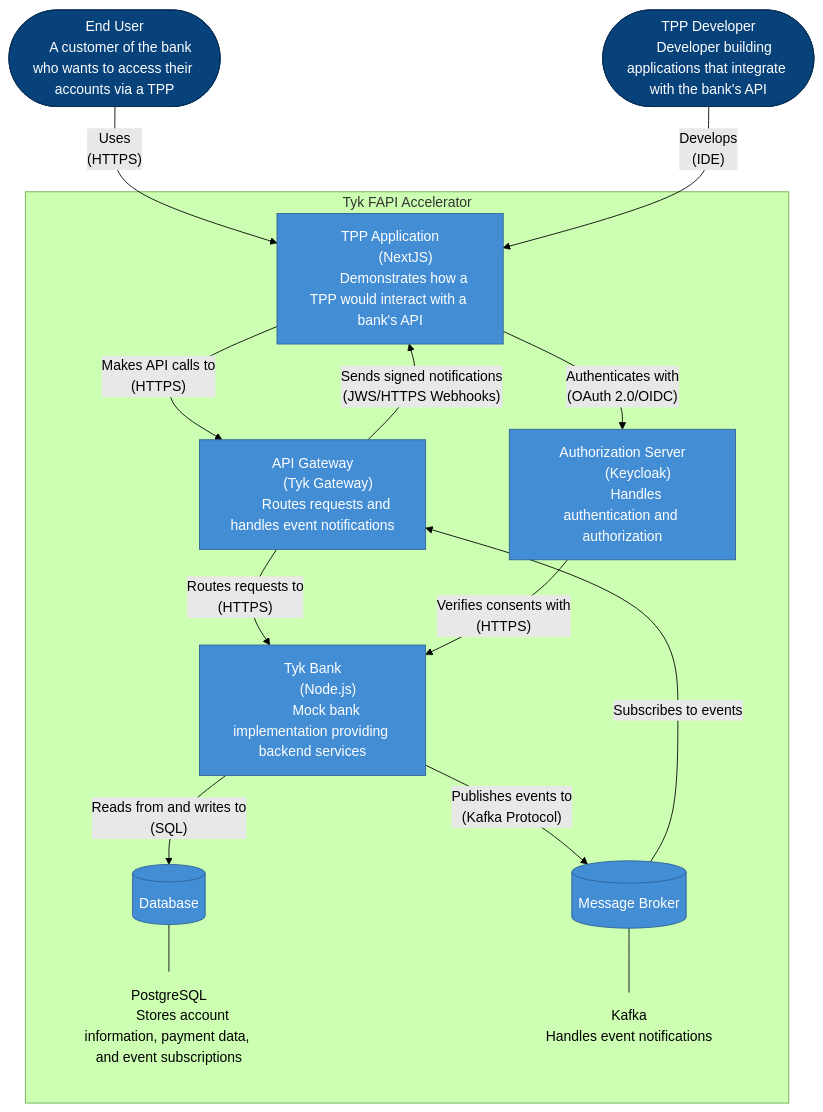
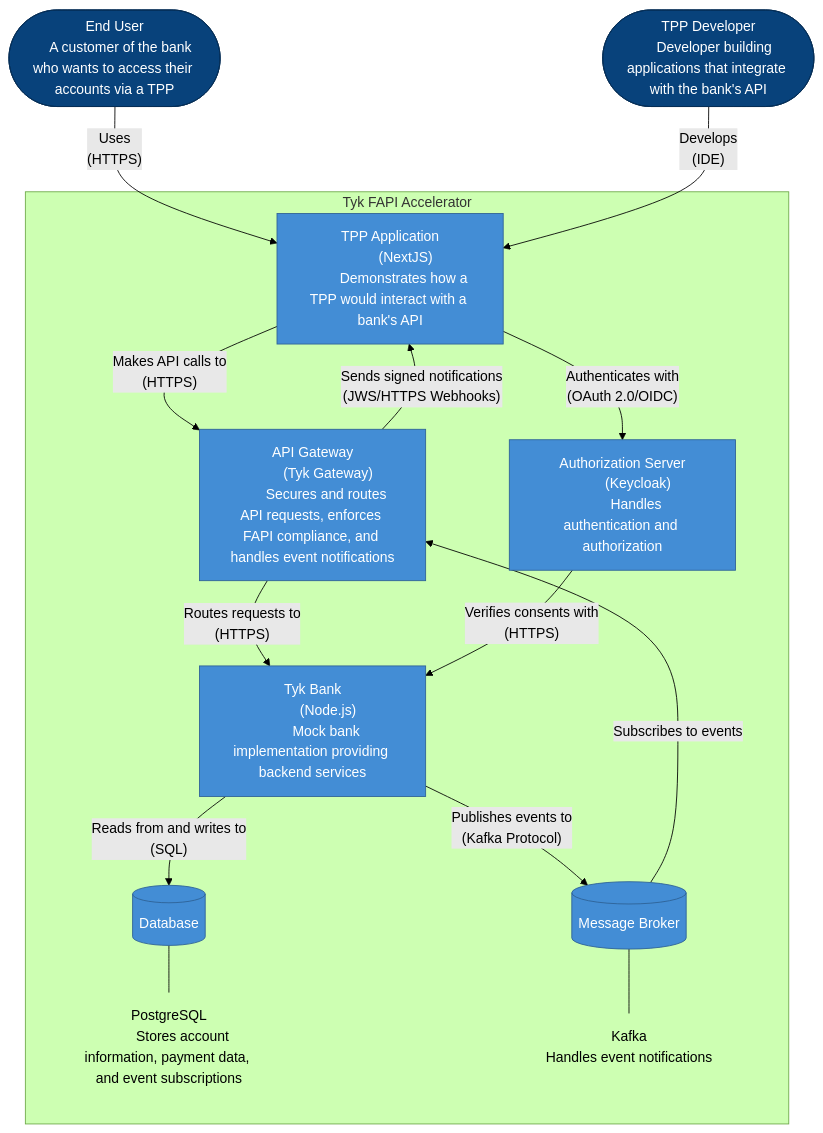
Before and after one commit to TykTechnologies/tyk-fapi: the diagram in docs/container-diagram.md, drawn with Mermaid (forest theme). The commit also changed other lines of this file and 3 other files, not shown here.

Commit message:
fixing the main context diagram

````diff
--- a/docs/container-diagram.md
+++ b/docs/container-diagram.md
@@ -5,70 +5,70 @@
 ```mermaid
 flowchart TB
     %% People/Actors
     endUser(["End User
     A customer of the bank who wants to access their accounts via a TPP"])
     tppDeveloper(["TPP Developer
     Developer building applications that integrate with the bank's API"])
     
     %% Tyk FAPI Accelerator System with Containers
     subgraph tykFAPI ["Tyk FAPI Accelerator"]
         tppApp["TPP Application
         (NextJS)
         Demonstrates how a TPP would interact with a bank's API"]
         apiGateway["API Gateway
         (Tyk Gateway)
-        Routes requests and handles event notifications"]
+        Secures and routes API requests, enforces FAPI compliance, and handles event notifications"]
         authServer["Authorization Server
         (Keycloak)
         Handles authentication and authorization"]
         tykBank["Tyk Bank
         (Node.js)
         Mock bank implementation providing backend services"]
         database[(Database)]
         databaseLabel["PostgreSQL
         Stores account information, payment data, and event subscriptions"]
         kafka[(Message Broker)]
         kafkaLabel["Kafka
         Handles event notifications"]
     end
     
     %% Connect labels to database and kafka
     database --- databaseLabel
     kafka --- kafkaLabel
     
     %% Relationships
     endUser -->|"Uses
     (HTTPS)"| tppApp
     tppDeveloper -->|"Develops
     (IDE)"| tppApp
     tppApp -->|"Makes API calls to
     (HTTPS)"| apiGateway
     tppApp -->|"Authenticates with
     (OAuth 2.0/OIDC)"| authServer
     apiGateway -->|"Routes requests to
     (HTTPS)"| tykBank
     authServer -->|"Verifies consents with
     (HTTPS)"| tykBank
     tykBank -->|"Reads from and writes to
     (SQL)"| database
     tykBank -->|"Publishes events to
     (Kafka Protocol)"| kafka
     
     %% Event notification flow
     kafka -->|"Subscribes to events"| apiGateway
     apiGateway -->|"Sends signed notifications
     (JWS/HTTPS Webhooks)"| tppApp
     
     %% Styling
     classDef person fill:#08427B,color:#fff,stroke:#052E56
     classDef container fill:#438DD5,color:#fff,stroke:#2E6295
     classDef database fill:#438DD5,color:#fff,stroke:#2E6295
     classDef queue fill:#438DD5,color:#fff,stroke:#2E6295
     classDef label fill:none,stroke:none
     
     class endUser,tppDeveloper person
     class tppApp,apiGateway,authServer,tykBank container
     class database database
     class kafka queue
     class databaseLabel,kafkaLabel label
 ```
````
